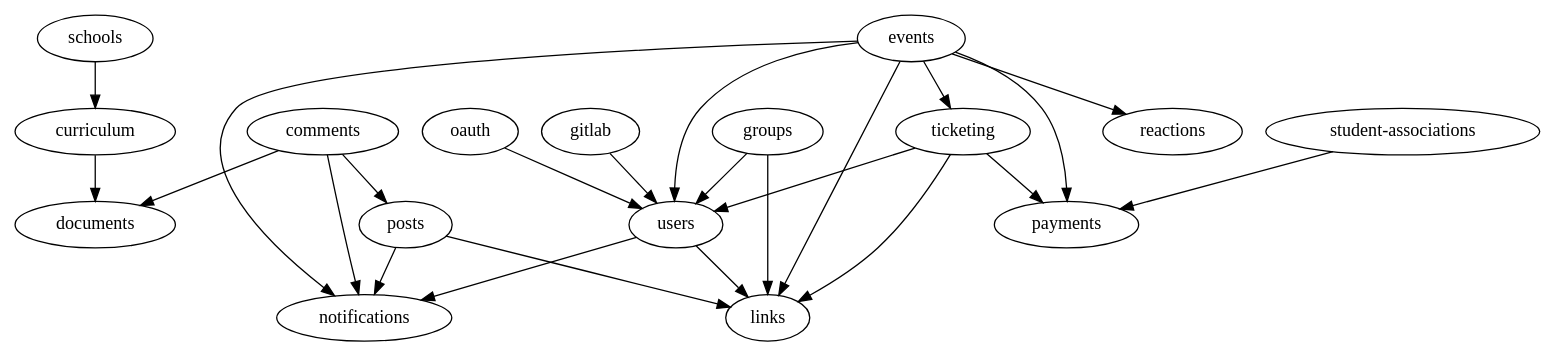
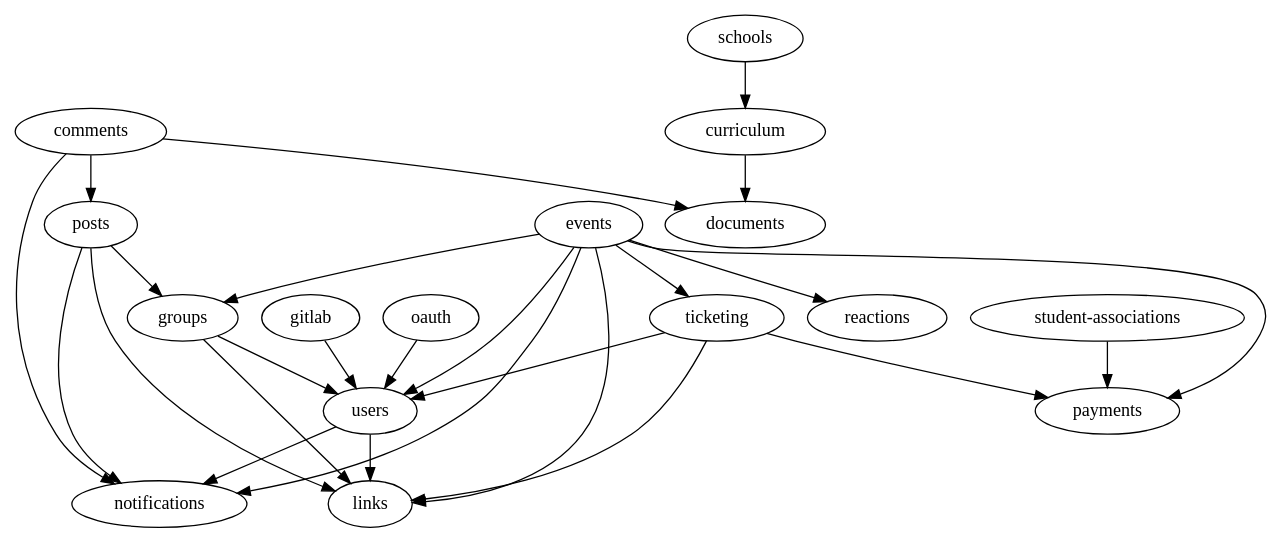
Before and after one commit to inp-net/churros: the diagram in packages/api/scripts/modules-import-graph.dot, drawn with Graphviz. The commit also changed 28 other files, not shown here.

Commit message:
WIP: reorganize groups/ and posts/, start exposing perms as fields

```diff
--- a/packages/api/scripts/modules-import-graph.dot
+++ b/packages/api/scripts/modules-import-graph.dot
@@ -1,25 +1,27 @@
 strict digraph ImportGraph {
     "comments" -> "posts";
     "comments" -> "notifications";
     "comments" -> "documents";
     "curriculum" -> "documents";
     "events" -> "notifications";
     "events" -> "users";
     "events" -> "payments";
     "events" -> "reactions";
     "events" -> "ticketing";
     "events" -> "links";
+    "events" -> "groups";
     "gitlab" -> "users";
     "groups" -> "links";
     "groups" -> "users";
     "oauth" -> "users";
     "posts" -> "notifications";
     "posts" -> "links";
+    "posts" -> "groups";
     "schools" -> "curriculum";
     "student-associations" -> "payments";
     "ticketing" -> "payments";
     "ticketing" -> "links";
     "ticketing" -> "users";
     "users" -> "notifications";
     "users" -> "links";
 }
```
